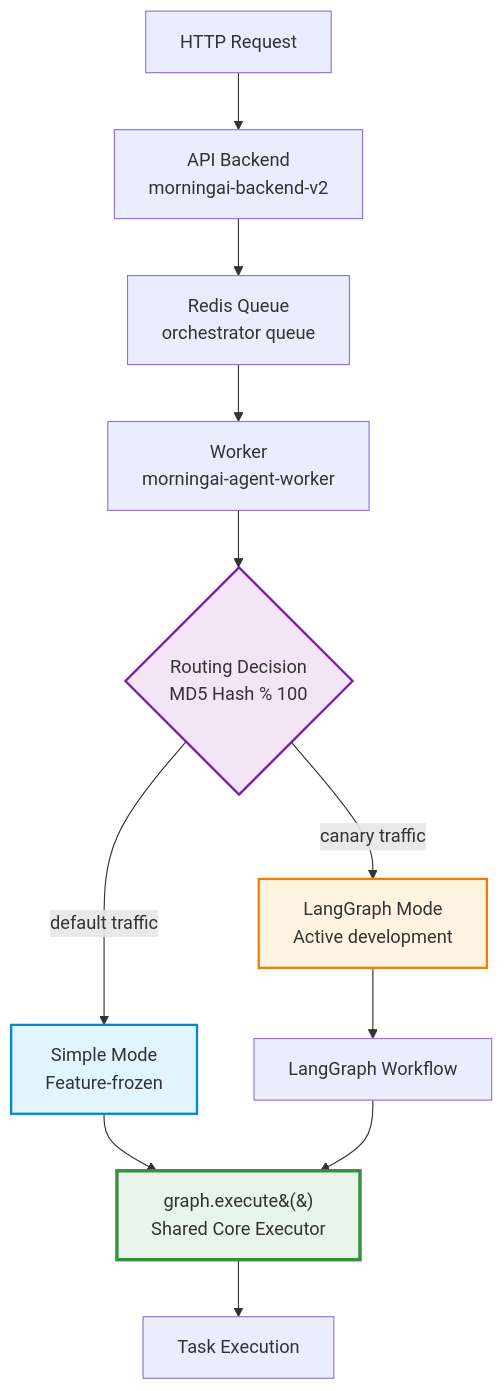
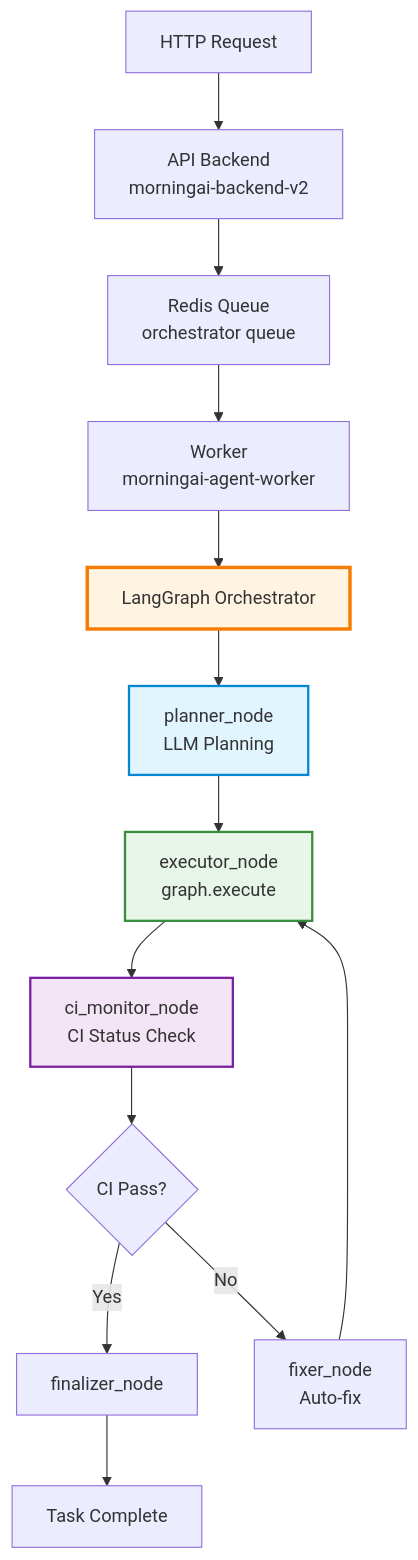
One commit to RC918/morningai changed the diagram in README.md. Above: the diagram before and after it, drawn with Mermaid. The commit also changed other lines of this file and 3 other files, not shown here.

First line of the commit message:
docs: clean up dual-mode architecture references, add Hierarchy of Truth

````diff
--- a/README.md
+++ b/README.md
@@ -148,18 +148,20 @@
 ```mermaid
 graph TB
     A[HTTP Request] --> B[API Backend<br/>morningai-backend-v2]
     B --> C[Redis Queue<br/>orchestrator queue]
     C --> D[Worker<br/>morningai-agent-worker]
-    D --> E{Routing Decision<br/>MD5 Hash % 100}
-    E -->|"default traffic"| F[Simple Mode<br/>Feature-frozen]
-    E -->|"canary traffic"| G[LangGraph Mode<br/>Active development]
-    F --> H[graph.execute&#40;&#41;<br/>Shared Core Executor]
-    G --> I[LangGraph Workflow]
-    I --> H
-    H --> J[Task Execution]
+    D --> E[LangGraph Orchestrator]
+    E --> F[planner_node<br/>LLM Planning]
+    F --> G[executor_node<br/>graph.execute]
+    G --> H[ci_monitor_node<br/>CI Status Check]
+    H --> I{CI Pass?}
+    I -->|Yes| J[finalizer_node]
+    I -->|No| K[fixer_node<br/>Auto-fix]
+    K --> G
+    J --> L[Task Complete]
     
+    style E fill:#fff4e1,stroke:#f57c00,stroke-width:3px
+    style G fill:#e8f5e9,stroke:#388e3c,stroke-width:2px
     style F fill:#e1f5ff,stroke:#0288d1,stroke-width:2px
-    style G fill:#fff4e1,stroke:#f57c00,stroke-width:2px
-    style H fill:#e8f5e9,stroke:#388e3c,stroke-width:3px
-    style E fill:#f3e5f5,stroke:#7b1fa2,stroke-width:2px
+    style H fill:#f3e5f5,stroke:#7b1fa2,stroke-width:2px
 ```
````
